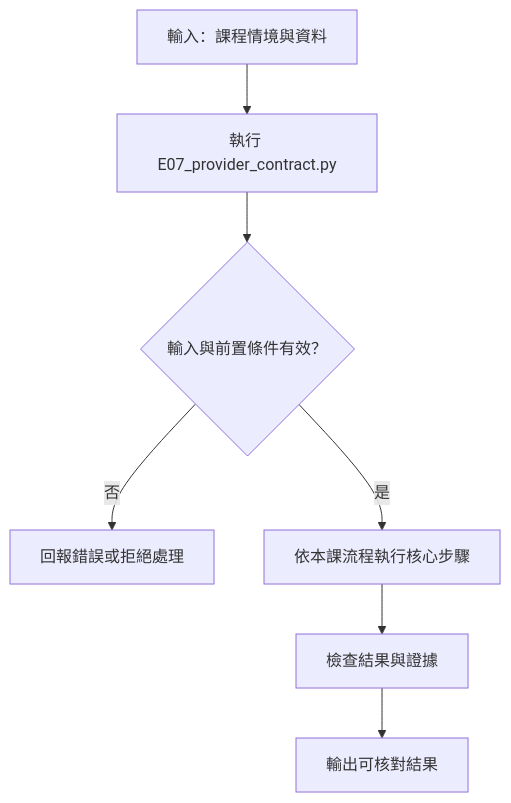
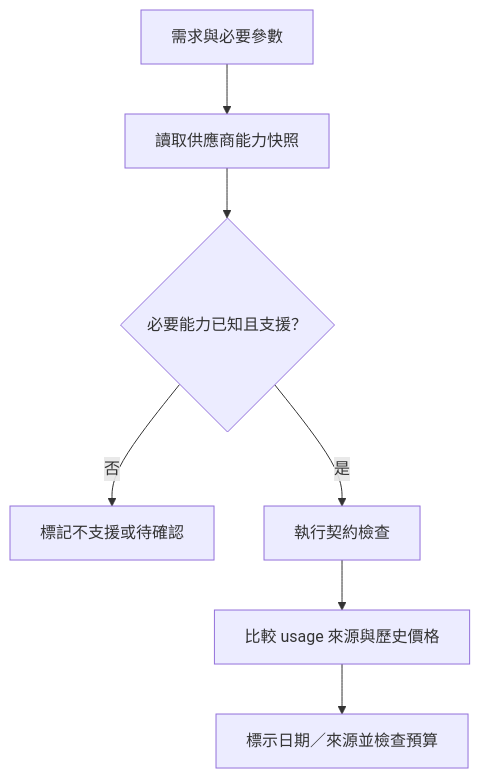
The diagram in 17-providers-cost.md (4-learn/LLM-demo), drawn with Mermaid before and after one commit. The commit also changed other lines of this file and 66 other files, not shown here.

Commit message:
[pm] docs: expand lesson diagrams and fix course mapping (#17)

````diff
--- a/17-providers-cost.md
+++ b/17-providers-cost.md
@@ -11,9 +11,9 @@
 ```mermaid
 flowchart TD
-    A[輸入：課程情境與資料] --> B[執行 E07_provider_contract.py]
-    B --> C{輸入與前置條件有效？}
-    C -- 否 --> D[回報錯誤或拒絕處理]
-    C -- 是 --> E[依本課流程執行核心步驟]
-    E --> F[檢查結果與證據]
-    F --> G[輸出可核對結果]
+    A[需求與必要參數] --> B[讀取供應商能力快照]
+    B --> C{必要能力已知且支援？}
+    C -- 否 --> D[標記不支援或待確認]
+    C -- 是 --> E[執行契約檢查]
+    E --> F[比較 usage 來源與歷史價格]
+    F --> G[標示日期／來源並檢查預算]
 ```
````
